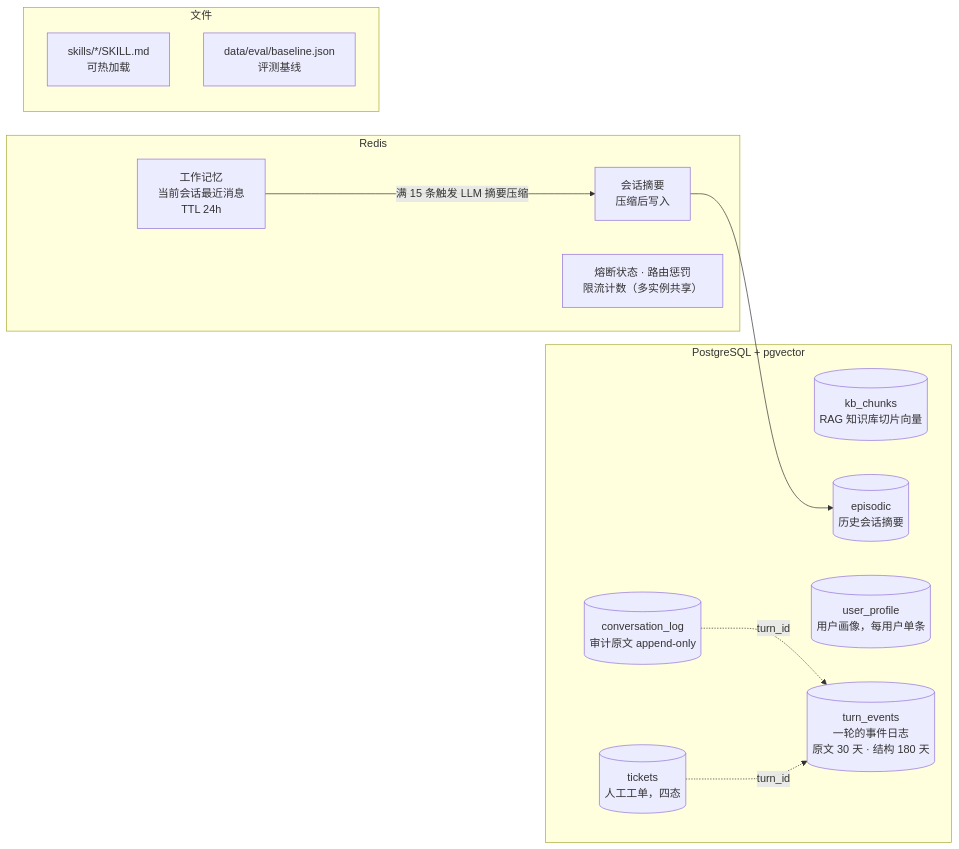
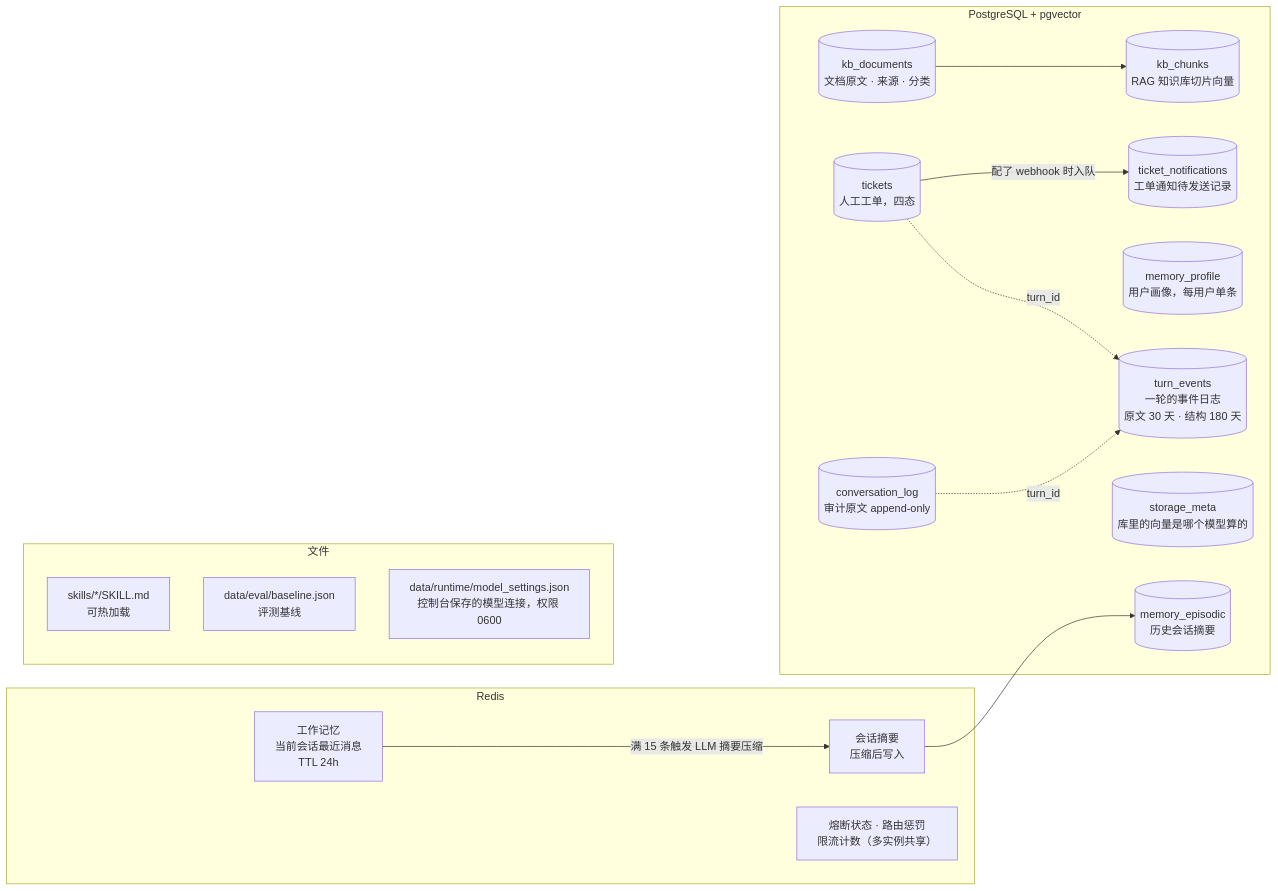
One commit to heyemlee/ai-helpdesk changed the fourth of 6 diagrams in docs/architecture.md. Above: the diagram before and after it, drawn with Mermaid. The commit also changed other lines of this file and 8 other files, not shown here.

````diff
--- a/docs/architecture.md
+++ b/docs/architecture.md
@@ -113,25 +113,31 @@
 ```mermaid
 flowchart LR
     subgraph Redis
         WM[工作记忆<br/>当前会话最近消息<br/>TTL 24h]
         SUM[会话摘要<br/>压缩后写入]
         CB[熔断状态 · 路由惩罚<br/>限流计数（多实例共享）]
     end
     subgraph PG[PostgreSQL + pgvector]
+        KD[(kb_documents<br/>文档原文 · 来源 · 分类)]
         KB[(kb_chunks<br/>RAG 知识库切片向量)]
-        EP[(episodic<br/>历史会话摘要)]
-        UP[(user_profile<br/>用户画像，每用户单条)]
+        EP[(memory_episodic<br/>历史会话摘要)]
+        UP[(memory_profile<br/>用户画像，每用户单条)]
         TK[(tickets<br/>人工工单，四态)]
+        TN[(ticket_notifications<br/>工单通知待发送记录)]
         CL[(conversation_log<br/>审计原文 append-only)]
+        SM[(storage_meta<br/>库里的向量是哪个模型算的)]
         TE[(turn_events<br/>一轮的事件日志<br/>原文 30 天 · 结构 180 天)]
     end
     subgraph 文件
         SK[skills/*/SKILL.md<br/>可热加载]
         BL[data/eval/baseline.json<br/>评测基线]
+        MS[data/runtime/model_settings.json<br/>控制台保存的模型连接，权限 0600]
     end
 
     WM -->|满 15 条触发 LLM 摘要压缩| SUM
     SUM --> EP
+    KD --> KB
+    TK -->|配了 webhook 时入队| TN
     CL -.->|turn_id| TE
     TK -.->|turn_id| TE
 ```
````
